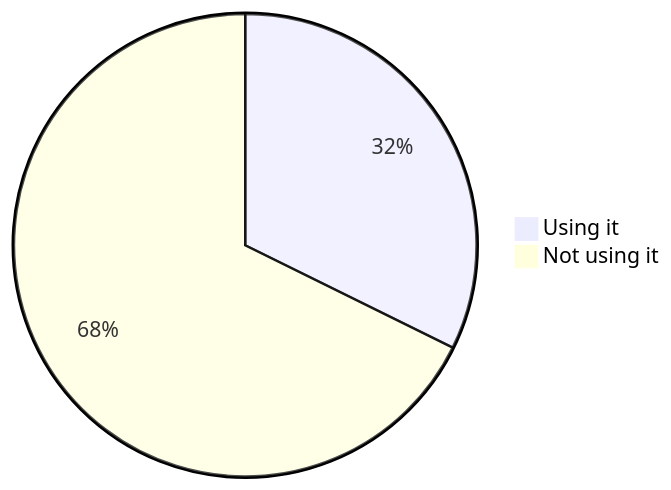
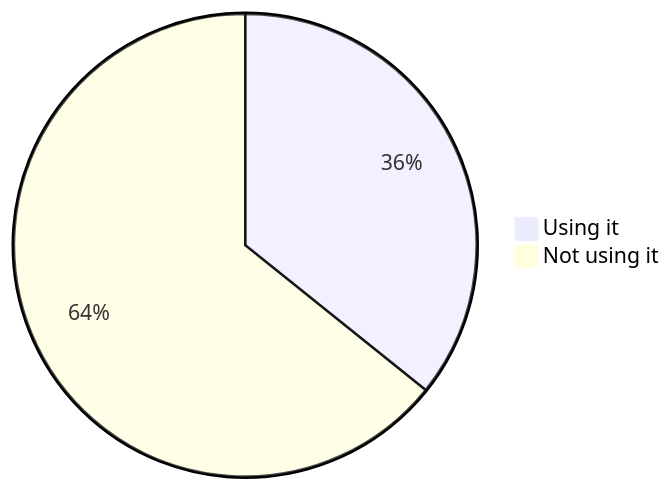
Before and after one commit to oshp/oshp-stats: diagram 16 of 22 in stats.md, drawn with Mermaid. The commit also changed other lines of this file, not shown here.

````diff
--- a/stats.md
+++ b/stats.md
@@ -190,6 +190,6 @@
 ```mermaid
 pie
-	"Using it" : 32.29
-	"Not using it" : 67.71
+	"Using it" : 35.76
+	"Not using it" : 64.24
 
 ```
````
